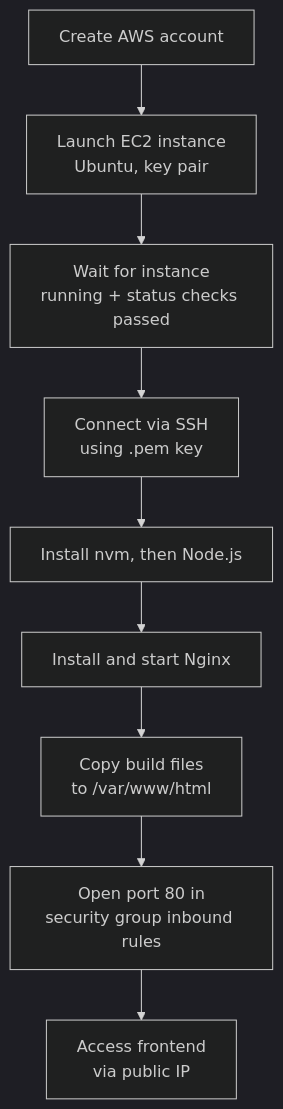
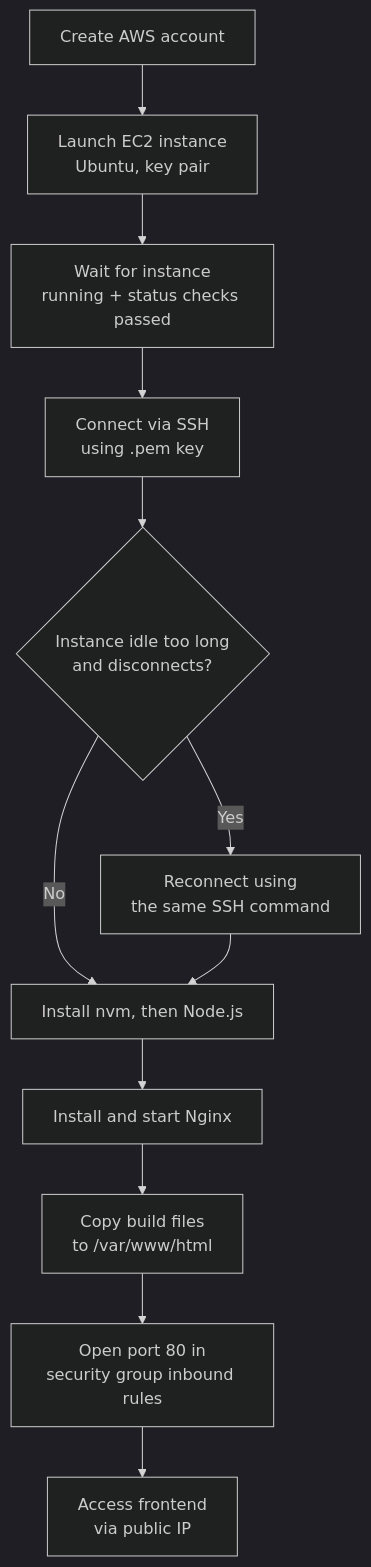
The diagram in docs/03-deployment/01-aws-ec2-setup.md (suresh-javvadi/node-js-learning-roadmap), drawn with Mermaid (dark theme) before and after one commit. The commit also changed 3 other files, not shown here.

````diff
--- a/docs/03-deployment/01-aws-ec2-setup.md
+++ b/docs/03-deployment/01-aws-ec2-setup.md
@@ -92,11 +92,14 @@
 ```mermaid
 flowchart TD
     A[Create AWS account] --> B[Launch EC2 instance<br>Ubuntu, key pair]
     B --> C[Wait for instance<br>running + status checks passed]
     C --> D[Connect via SSH<br>using .pem key]
-    D --> E[Install nvm, then Node.js]
-    E --> F[Install and start Nginx]
-    F --> G[Copy build files<br>to /var/www/html]
-    G --> H[Open port 80 in<br>security group inbound rules]
-    H --> I[Access frontend<br>via public IP]
+    D --> E{Instance idle too long<br>and disconnects?}
+    E -- Yes --> F[Reconnect using<br>the same SSH command]
+    E -- No --> G
+    F --> G[Install nvm, then Node.js]
+    G --> H[Install and start Nginx]
+    H --> I[Copy build files<br>to /var/www/html]
+    I --> J[Open port 80 in<br>security group inbound rules]
+    J --> K[Access frontend<br>via public IP]
 ```
````
